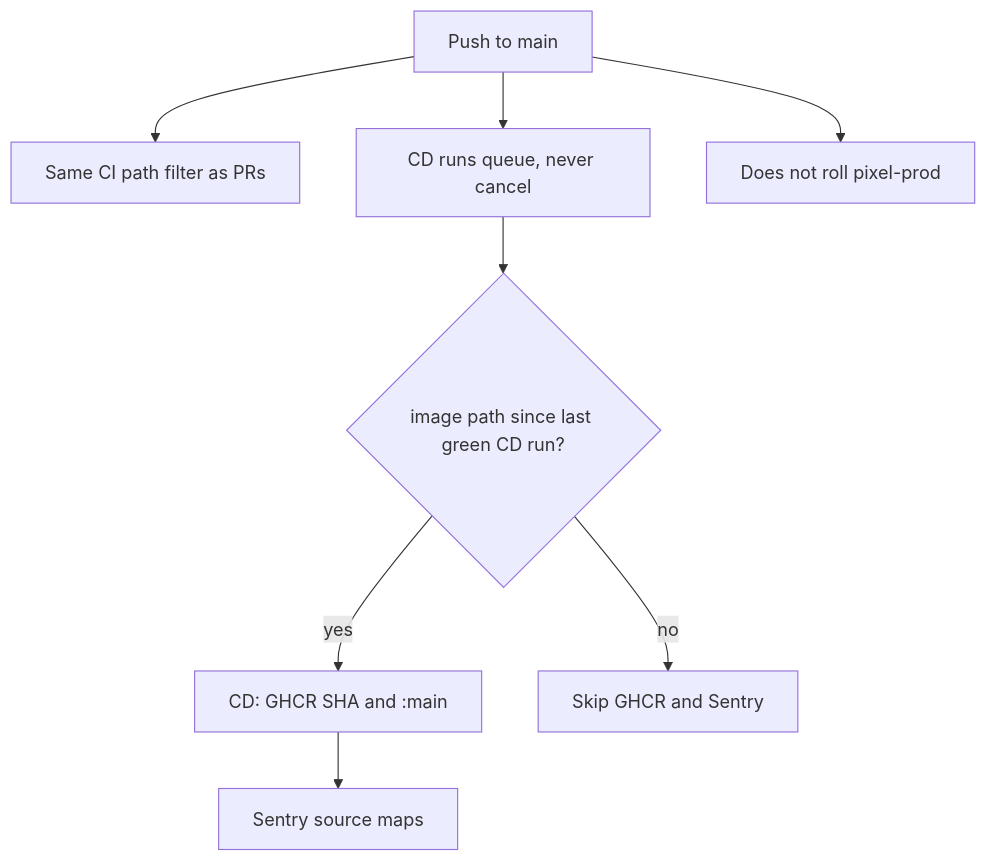
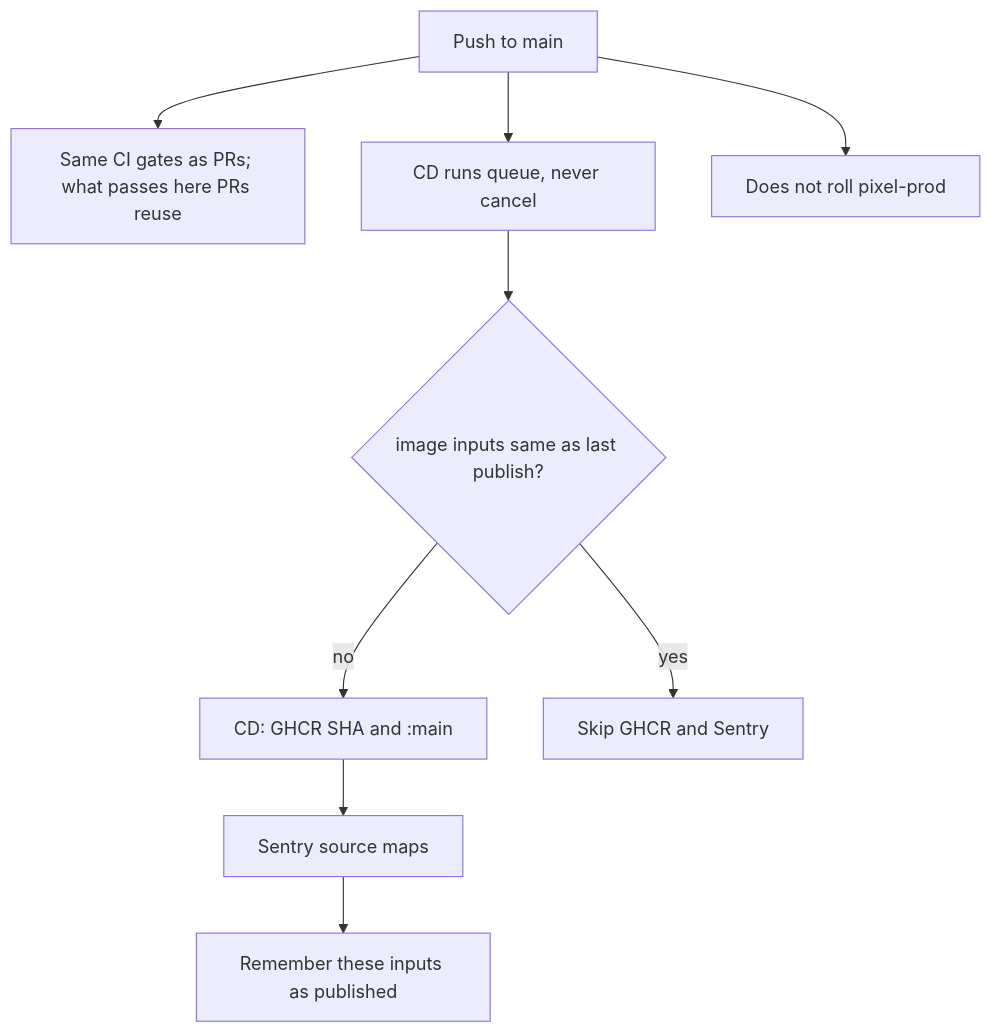
One commit to pixelbar/pixel changed the second of 3 diagrams in docs/runbook.md. Above: the diagram before and after it, drawn with Mermaid. The commit also changed other lines of this file and 14 other files, not shown here.

First line of the commit message:
Skip CI jobs whose exact inputs already passed

````diff
--- a/docs/runbook.md
+++ b/docs/runbook.md
@@ -482,11 +490,12 @@
 ```mermaid
 flowchart TD
   main[Push to main]
-  main --> ci[Same CI path filter as PRs]
+  main --> ci["Same CI gates as PRs; what passes here PRs reuse"]
   main --> queue[CD runs queue, never cancel]
-  queue --> imagep{"image path since last green CD run?"}
-  imagep -->|yes| pub["CD: GHCR SHA and :main"]
+  queue --> imagep{"image inputs same as last publish?"}
+  imagep -->|no| pub["CD: GHCR SHA and :main"]
   pub --> maps[Sentry source maps]
-  imagep -->|no| nocd[Skip GHCR and Sentry]
+  maps --> mark[Remember these inputs as published]
+  imagep -->|yes| nocd[Skip GHCR and Sentry]
   main --> note[Does not roll pixel-prod]
 ```
````
